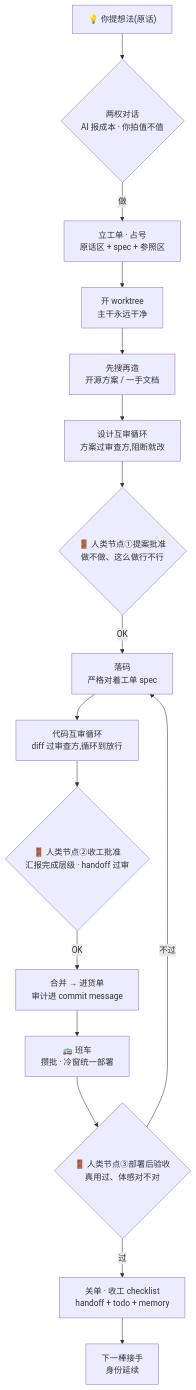
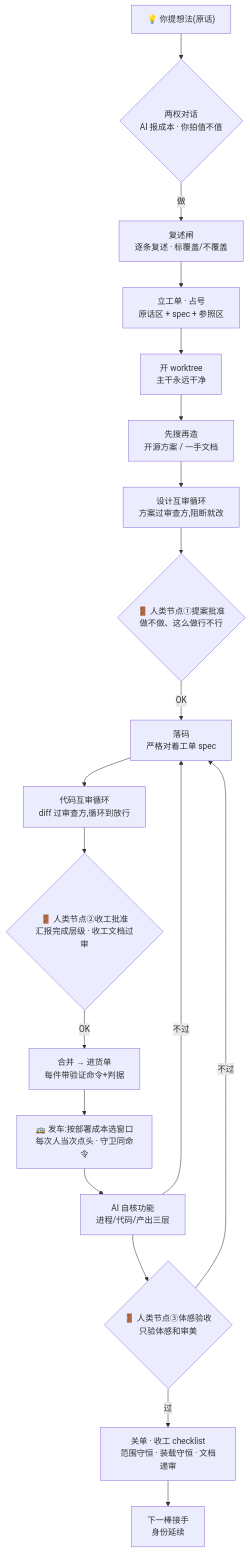
Before and after one commit to tsuru0805/idea-to-merge: the diagram in docs/idea-to-merge.md, drawn with Mermaid. The commit also changed other lines of this file, not shown here.

````diff
--- a/docs/idea-to-merge.md
+++ b/docs/idea-to-merge.md
@@ -14,18 +51,21 @@
 ```mermaid
 flowchart TD
     A["💡 你提想法(原话)"] --> B{"两权对话<br/>AI 报成本 · 你拍值不值"}
-    B -->|做| C["立工单 · 占号<br/>原话区 + spec + 参照区"]
+    B -->|做| R["复述闸<br/>逐条复述 · 标覆盖/不覆盖"]
+    R --> C["立工单 · 占号<br/>原话区 + spec + 参照区"]
     C --> D["开 worktree<br/>主干永远干净"]
     D --> E["先搜再造<br/>开源方案 / 一手文档"]
     E --> F["设计互审循环<br/>方案过审查方,阻断就改"]
     F --> G{"🚪 人类节点①提案批准<br/>做不做、这么做行不行"}
     G -->|OK| H["落码<br/>严格对着工单 spec"]
     H --> I["代码互审循环<br/>diff 过审查方,循环到放行"]
-    I --> J{"🚪 人类节点②收工批准<br/>汇报完成层级 · handoff 过审"}
-    J -->|OK| K["合并 → 进货单<br/>审计进 commit message"]
-    K --> L["🚌 班车<br/>攒批 · 冷窗统一部署"]
-    L --> M{"🚪 人类节点③部署后验收<br/>真用过、体感对不对"}
-    M -->|过| N["关单 · 收工 checklist<br/>handoff + todo + memory"]
+    I --> J{"🚪 人类节点②收工批准<br/>汇报完成层级 · 收工文档过审"}
+    J -->|OK| K["合并 → 进货单<br/>每件带验证命令+判据"]
+    K --> L["🚌 发车:按部署成本选窗口<br/>每次人当次点头 · 守卫同命令"]
+    L --> V["AI 自核功能<br/>进程/代码/产出三层"]
+    V -->|不过| H
+    V --> M{"🚪 人类节点③体感验收<br/>只验体感和审美"}
+    M -->|过| N["关单 · 收工 checklist<br/>范围守恒 · 装载守恒 · 文档递审"]
     M -->|不过| H
     N --> O["下一棒接手<br/>身份延续"]
 ```
````
